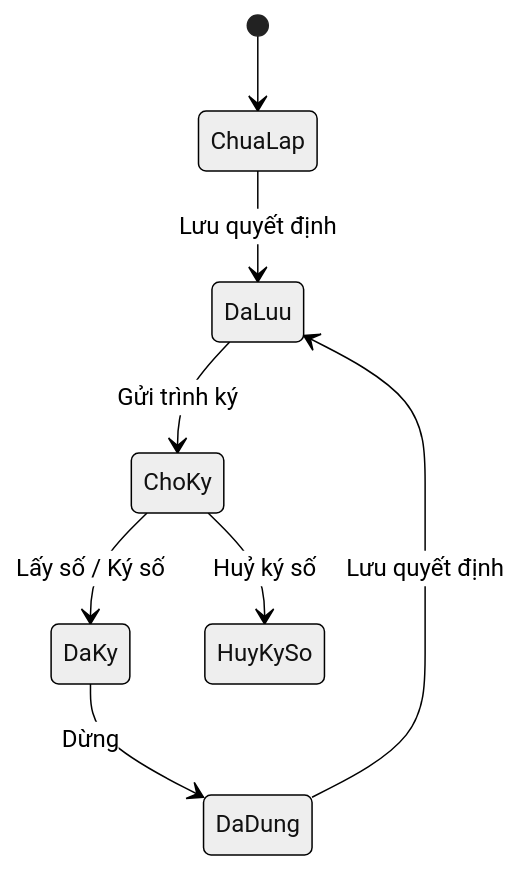
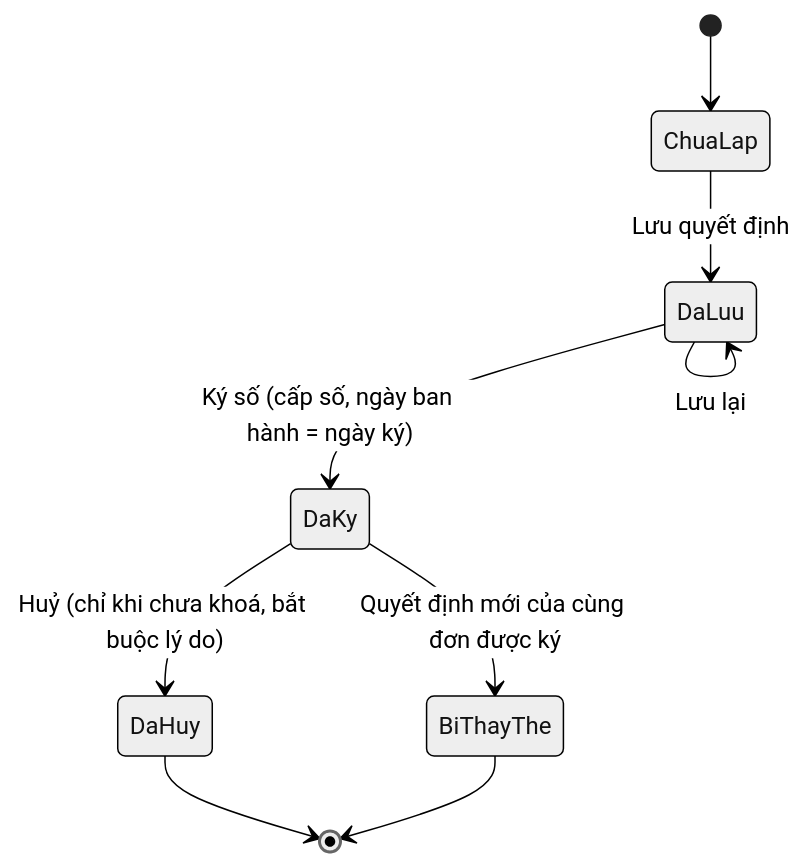
Before and after one commit to pinkiepetites/demo-hctp-main: the diagram in docs/SRS_TaoQuyetDinhPhanCongThamPhan.md, drawn with Mermaid (neutral theme). The commit also changed other lines of this file and 19 other files, not shown here.

````diff
--- a/docs/SRS_TaoQuyetDinhPhanCongThamPhan.md
+++ b/docs/SRS_TaoQuyetDinhPhanCongThamPhan.md
@@ -99,10 +145,11 @@
 ```mermaid
 stateDiagram-v2
     [*] --> ChuaLap
     ChuaLap --> DaLuu: Lưu quyết định
-    DaLuu --> ChoKy: Gửi trình ký
-    ChoKy --> DaKy: Lấy số / Ký số
-    ChoKy --> HuyKySo: Huỷ ký số
-    DaKy --> DaDung: Dừng
-    DaDung --> DaLuu: Lưu quyết định
+    DaLuu --> DaLuu: Lưu lại
+    DaLuu --> DaKy: Ký số (cấp số, ngày ban hành = ngày ký)
+    DaKy --> DaHuy: Huỷ (chỉ khi chưa khoá, bắt buộc lý do)
+    DaKy --> BiThayThe: Quyết định mới của cùng đơn được ký
+    DaHuy --> [*]
+    BiThayThe --> [*]
 ```
````
